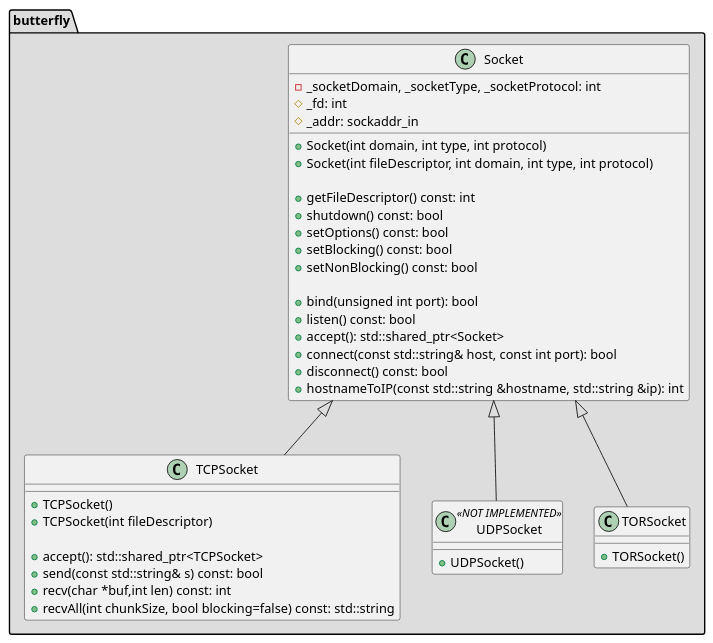
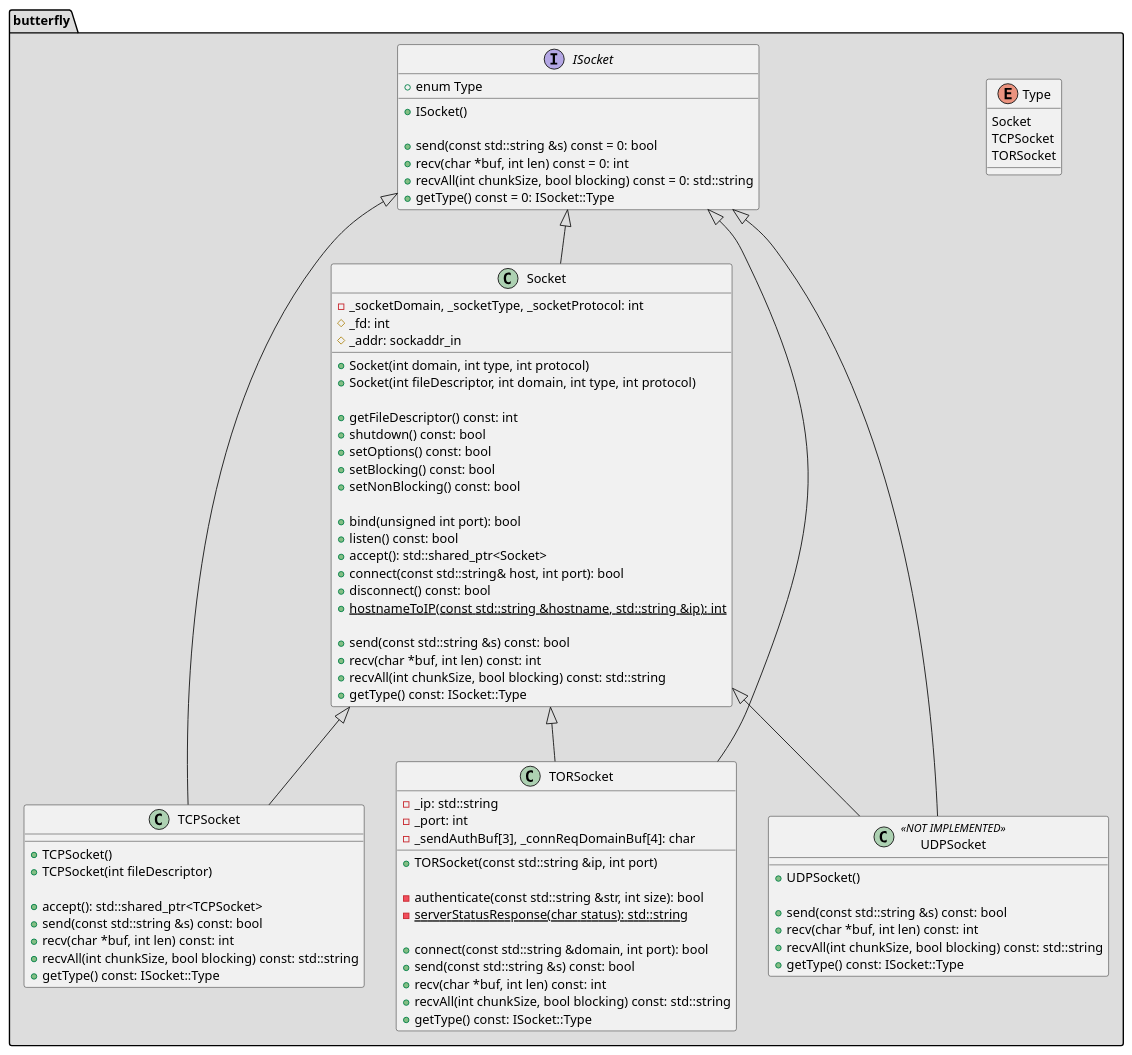
One commit to bierschi/butterfly changed the diagram in architecture/class_diagrams/sockets.puml. Above: the diagram before and after it, drawn with PlantUML. The commit also changed 5 other files, not shown here.

Commit message:
Updated the class diagrams in architecture

```diff
--- a/architecture/class_diagrams/sockets.puml
+++ b/architecture/class_diagrams/sockets.puml
@@ -1,57 +1,106 @@
 @startuml
 
 package butterfly #DDDDDD
 {
+
+enum Type
+{
+  Socket
+  TCPSocket
+  TORSocket
+}
+
+Interface ISocket
+{
+
+    + enum Type
+
+    + ISocket()
+
+    + send(const std::string &s) const = 0: bool
+    + recv(char *buf, int len) const = 0: int
+    + recvAll(int chunkSize, bool blocking) const = 0: std::string
+    + getType() const = 0: ISocket::Type
+}
 
 class Socket
 {
     - _socketDomain, _socketType, _socketProtocol: int
     # _fd: int
     # _addr: sockaddr_in
 
     + Socket(int domain, int type, int protocol)
     + Socket(int fileDescriptor, int domain, int type, int protocol)
 
     + getFileDescriptor() const: int
     + shutdown() const: bool
     + setOptions() const: bool
     + setBlocking() const: bool
     + setNonBlocking() const: bool
 
     + bind(unsigned int port): bool
     + listen() const: bool
     + accept(): std::shared_ptr<Socket>
-    + connect(const std::string& host, const int port): bool
+    + connect(const std::string& host, int port): bool
     + disconnect() const: bool
-    + hostnameToIP(const std::string &hostname, std::string &ip): int
+    + {static} hostnameToIP(const std::string &hostname, std::string &ip): int
+
+    + send(const std::string &s) const: bool
+    + recv(char *buf, int len) const: int
+    + recvAll(int chunkSize, bool blocking) const: std::string
+    + getType() const: ISocket::Type
 }
 
 class TCPSocket
 {
 
     + TCPSocket()
     + TCPSocket(int fileDescriptor)
 
     + accept(): std::shared_ptr<TCPSocket>
-    + send(const std::string& s) const: bool
-    + recv(char *buf,int len) const: int
-    + recvAll(int chunkSize, bool blocking=false) const: std::string
+    + send(const std::string &s) const: bool
+    + recv(char *buf, int len) const: int
+    + recvAll(int chunkSize, bool blocking) const: std::string
+    + getType() const: ISocket::Type
+}
+
+class TORSocket
+{
+    - _ip: std::string
+    - _port: int
+    - _sendAuthBuf[3], _connReqDomainBuf[4]: char
+
+    + TORSocket(const std::string &ip, int port)
+
+    - authenticate(const std::string &str, int size): bool
+    - {static} serverStatusResponse(char status): std::string
+
+    + connect(const std::string &domain, int port): bool
+    + send(const std::string &s) const: bool
+    + recv(char *buf, int len) const: int
+    + recvAll(int chunkSize, bool blocking) const: std::string
+    + getType() const: ISocket::Type
 }
 
 class UDPSocket <<NOT IMPLEMENTED>>
 {
     + UDPSocket()
+
+    + send(const std::string &s) const: bool
+    + recv(char *buf, int len) const: int
+    + recvAll(int chunkSize, bool blocking) const: std::string
+    + getType() const: ISocket::Type
 }
 
-class TORSocket
-{
 
-    + TORSocket()
-}
+ISocket           <|-- Socket
+ISocket           <|-- TCPSocket
+ISocket           <|-- TORSocket
+ISocket           <|-- UDPSocket
 
 Socket            <|-- TCPSocket
 Socket            <|-- UDPSocket
 Socket            <|-- TORSocket
 
 }
 @enduml
```
